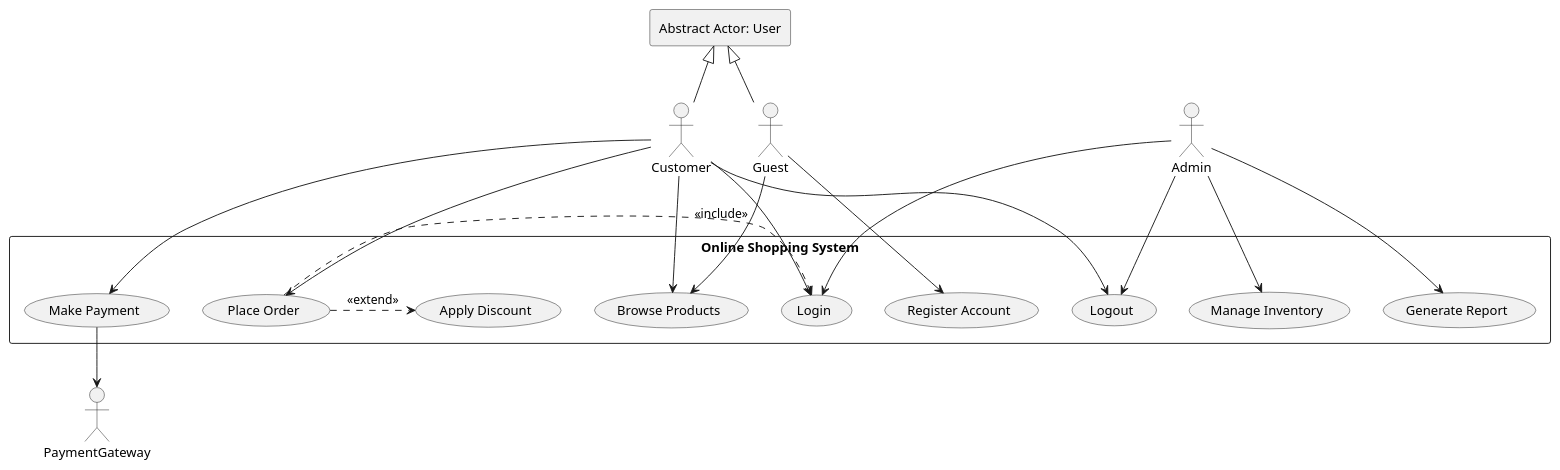
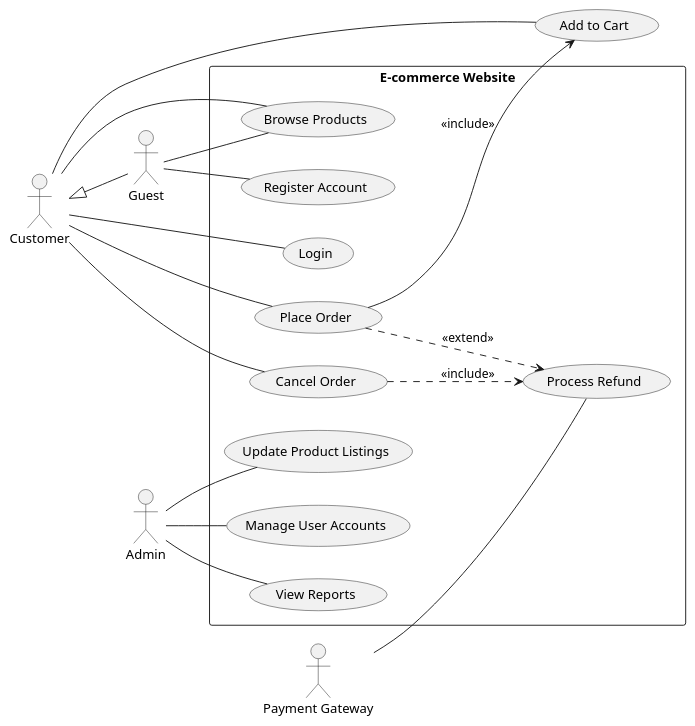
The diagram in book/source/ukrainian/architecture/umldiagrams/behavioral/uml-use-case-diagram.adoc (kovteba/developer-reminders), drawn with PlantUML before and after one commit. The commit also changed other lines of this file and 1 other file, not shown here.

Commit message:
DR-5 UML Use Case Diagram

```diff
--- a/book/source/ukrainian/architecture/umldiagrams/behavioral/uml-use-case-diagram.adoc
+++ b/book/source/ukrainian/architecture/umldiagrams/behavioral/uml-use-case-diagram.adoc
@@ -35,44 +35,45 @@
 [plantuml]
 ----
 @startuml
+left to right direction
+
 actor Customer
+actor "Payment Gateway" as Gateway
 actor Admin
 actor Guest
-actor PaymentGateway
 
-rectangle "Online Shopping System" {
-
+rectangle "E-commerce Website" {
   (Browse Products)
   (Register Account)
   (Login)
   (Place Order)
-  (Apply Discount)
-  (Make Payment)
-  (Manage Inventory)
-  (Generate Report)
-  (Logout)
-
-  Customer --> (Browse Products)
-  Guest --> (Browse Products)
-  Guest --> (Register Account)
-  Customer --> (Login)
-  Customer --> (Place Order)
-  Customer --> (Logout)
-  Customer --> (Make Payment)
-  Admin --> (Login)
-  Admin --> (Manage Inventory)
-  Admin --> (Generate Report)
-  Admin --> (Logout)
-
-  (Place Order) .> (Login) : <<include>>
-  (Place Order) .> (Apply Discount) : <<extend>>
-
-  (Make Payment) --> PaymentGateway
+  (Cancel Order)
+  (Process Refund)
+  (Update Product Listings)
+  (Manage User Accounts)
+  (View Reports)
 }
 
-' Эмуляция абстрактного актора (необязательно)
-rectangle "Abstract Actor: User" as User
-User <|-- Customer
-User <|-- Guest
+Guest -- (Browse Products)
+Guest -- (Register Account)
+
+Customer -- (Login)
+Customer -- (Browse Products)
+Customer -- (Add to Cart)
+Customer -- (Place Order)
+Customer -- (Cancel Order)
+
+(Place Order) --> (Add to Cart) : <<include>>
+(Place Order) ..> (Process Refund) : <<extend>>
+(Cancel Order) ..> (Process Refund) : <<include>>
+
+Admin -- (Update Product Listings)
+Admin -- (Manage User Accounts)
+Admin -- (View Reports)
+
+Gateway -- (Process Refund)
+
+' Actor generalizations
+Customer <|-- Guest
 @enduml
 ----
```
